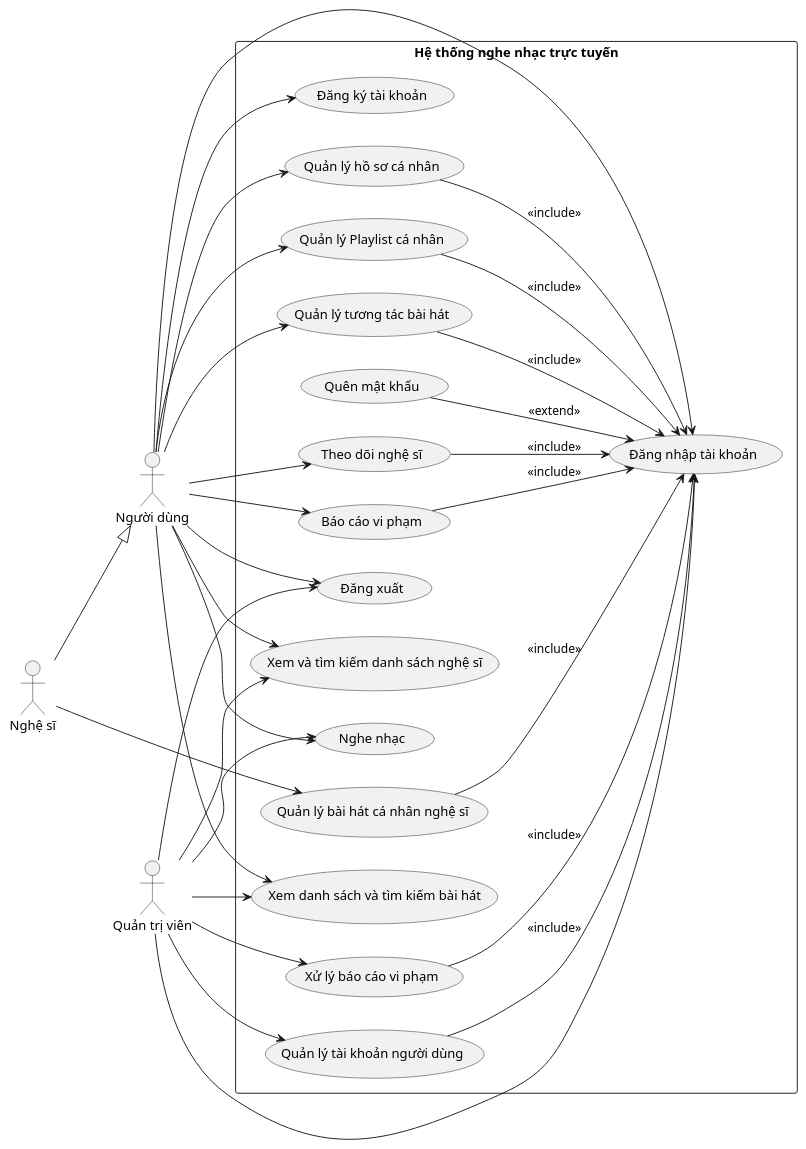
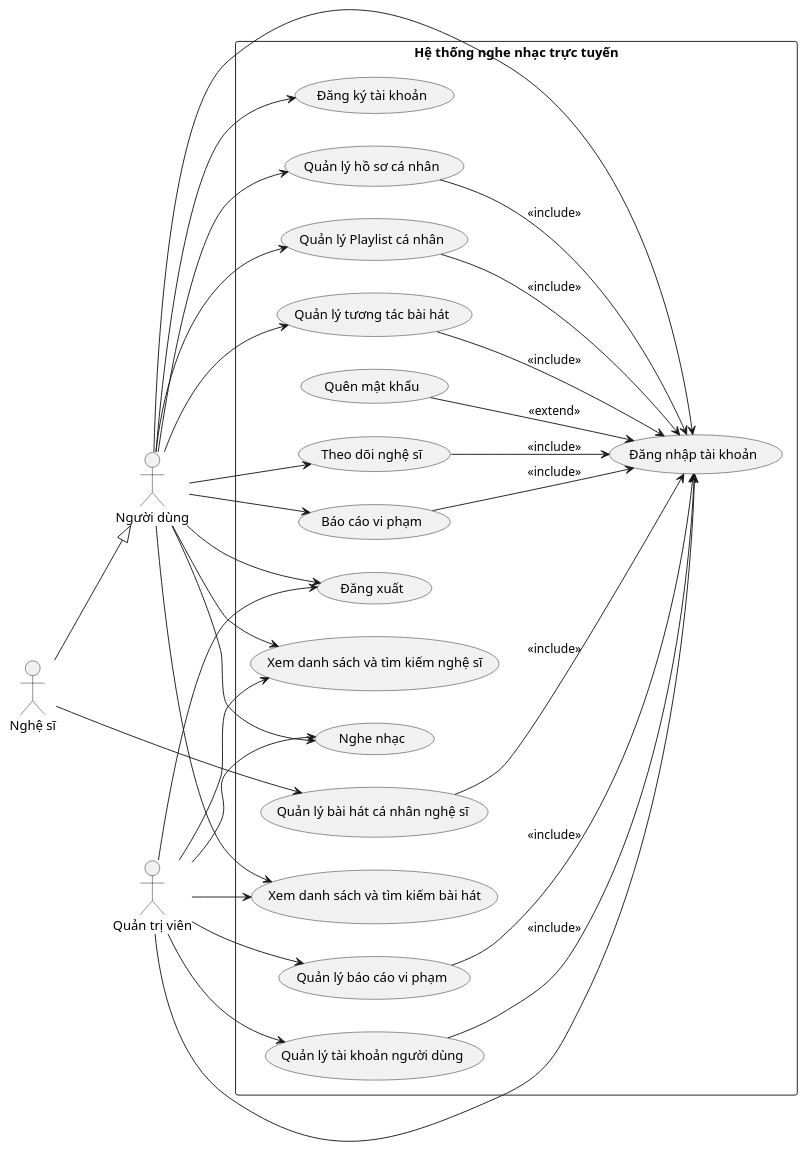
The diagram in Diagrams/UsecaseDiagram/ComprehensiveUsecaseDiagram.plantuml (vinh047/soundwave), drawn with PlantUML before and after one commit. The commit also changed 5 other files, not shown here.

```diff
--- a/Diagrams/UsecaseDiagram/ComprehensiveUsecaseDiagram.plantuml
+++ b/Diagrams/UsecaseDiagram/ComprehensiveUsecaseDiagram.plantuml
@@ -1,80 +1,80 @@
 @startuml Sơ Đồ Usecase Tổng Quát
 left to right direction
 
 ' Actor
 actor "Người dùng" as User
 actor "Nghệ sĩ" as Artist
 actor "Quản trị viên" as Admin
 
 ' Sử dụng kế thừa cho Actor: Nghệ sĩ LÀ MỘT Người dùng
 Artist --|> User
 
 rectangle "Hệ thống nghe nhạc trực tuyến" {
   ' Use Case cho mọi người (chưa đăng nhập)
   (Xem danh sách và tìm kiếm bài hát) as UC_ViewSearchSongs
-  (Xem và tìm kiếm danh sách nghệ sĩ) as UC_ViewSearchArtist
+  (Xem danh sách và tìm kiếm nghệ sĩ) as UC_ViewSearchArtist
   (Nghe nhạc) as UC_Play
   (Đăng ký tài khoản) as UC_Register
   (Đăng nhập tài khoản) as UC_Login
   (Quên mật khẩu) as UC_ForgetPassword
 
   ' Use case cần đăng nhập (cho User và Artist)
   (Quản lý hồ sơ cá nhân) as UC_ManageProfile
   (Quản lý Playlist cá nhân) as UC_ManagePlaylist
   (Quản lý tương tác bài hát) as UC_ManageInteract
   (Theo dõi nghệ sĩ) as UC_Follow
   (Báo cáo vi phạm) as UC_Report
 
   ' Use case chỉ dành cho Artist
   (Quản lý bài hát cá nhân nghệ sĩ) as UC_ManageSongs
 
   ' Use case của Admin
-  (Xử lý báo cáo vi phạm) as UC_HandleReport
+  (Quản lý báo cáo vi phạm) as UC_HandleReport
   (Quản lý tài khoản người dùng) as UC_ManageUserAccount
 
   ' Use case cho tất cả Actor
   (Đăng xuất) as UC_Logout
 
   ' -- Mối quan hệ --
   ' Quan hệ <<extend>>
   UC_ForgetPassword --> UC_Login : <<extend>>
 
   ' Quan hệ <<include>> (các chức năng cần đăng nhập)
   UC_ManageProfile --> UC_Login : <<include>>
   UC_ManagePlaylist --> UC_Login: <<include>>
   UC_ManageInteract --> UC_Login: <<include>>
   UC_Follow --> UC_Login : <<include>>
   UC_Report --> UC_Login : <<include>>
   UC_ManageSongs --> UC_Login : <<include>>
   UC_HandleReport --> UC_Login: <<include>>
   UC_ManageUserAccount --> UC_Login: <<include>>
 
   ' -- Gán các actor --
   ' Actor chưa đăng nhập cũng có thể xem và nghe
   User --> UC_ViewSearchSongs
   User --> UC_Play
   User --> UC_Register
   User --> UC_Login
   User --> UC_ViewSearchArtist
 
   ' User đã đăng nhập (Artist cũng có thể làm vì kế thừa)
   User --> UC_ManageProfile
   User --> UC_ManagePlaylist
   User --> UC_ManageInteract
   User --> UC_Follow
   User --> UC_Report
   User --> UC_Logout
 
   ' Artist (chức năng riêng)
   Artist --> UC_ManageSongs
 
   ' Admin
   Admin --> UC_Play
   Admin --> UC_Login
   Admin --> UC_HandleReport
   Admin --> UC_ManageUserAccount
   Admin --> UC_ViewSearchSongs
   Admin --> UC_ViewSearchArtist
   Admin --> UC_Logout
 }
 @enduml
```
